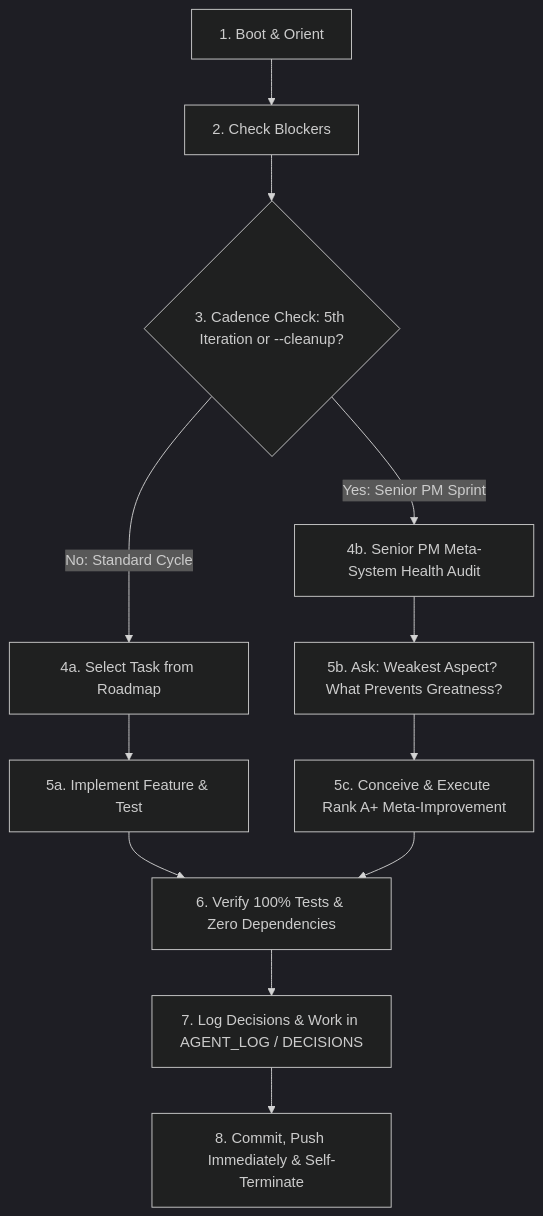
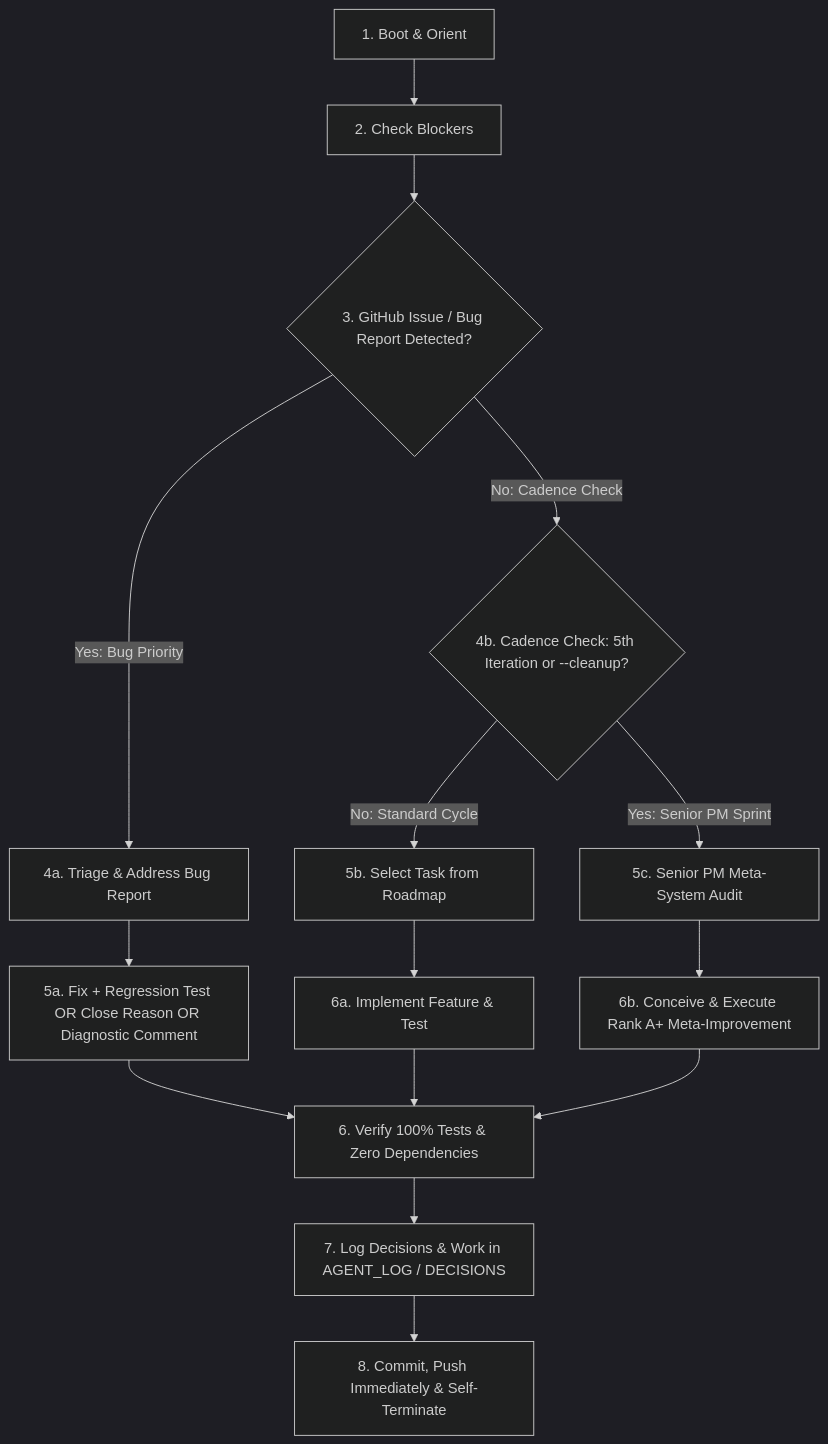
One commit to mrmarkwell/bible changed the diagram in AGENTS.md. Above: the diagram before and after it, drawn with Mermaid (dark theme). The commit also changed other lines of this file and 11 other files, not shown here.

Commit message:
feat(harness): implement autonomous GitHub issue triage and bug resolution engine (ADR-059)

````diff
--- a/AGENTS.md
+++ b/AGENTS.md
@@ -56,17 +56,17 @@
 ```mermaid
 flowchart TD
     A[1. Boot & Orient] --> B[2. Check Blockers]
-    B --> C{3. Cadence Check: 5th Iteration or --cleanup?}
-    
-    C -- No: Standard Cycle --> D[4a. Select Task from Roadmap]
-    D --> E[5a. Implement Feature & Test]
-    
-    C -- Yes: Senior PM Sprint --> F[4b. Senior PM Meta-System Health Audit]
-    F --> G["5b. Ask: Weakest Aspect? What Prevents Greatness?"]
-    G --> H[5c. Conceive & Execute Rank A+ Meta-Improvement]
-    
-    E --> I[6. Verify 100% Tests & Zero Dependencies]
-    H --> I
+    B --> C{3. GitHub Issue / Bug Report Detected?}
+    C -- Yes: Bug Priority --> D1[4a. Triage & Address Bug Report]
+    D1 --> E1[5a. Fix + Regression Test OR Close Reason OR Diagnostic Comment]
+    C -- No: Cadence Check --> D2{4b. Cadence Check: 5th Iteration or --cleanup?}
+    D2 -- No: Standard Cycle --> D3[5b. Select Task from Roadmap]
+    D2 -- Yes: Senior PM Sprint --> D4[5c. Senior PM Meta-System Audit]
+    E1 --> I[6. Verify 100% Tests & Zero Dependencies]
+    D3 --> E2[6a. Implement Feature & Test]
+    D4 --> E3[6b. Conceive & Execute Rank A+ Meta-Improvement]
+    E2 --> I
+    E3 --> I
     I --> J[7. Log Decisions & Work in AGENT_LOG / DECISIONS]
     J --> K[8. Commit, Push Immediately & Self-Terminate]
 ```
````
